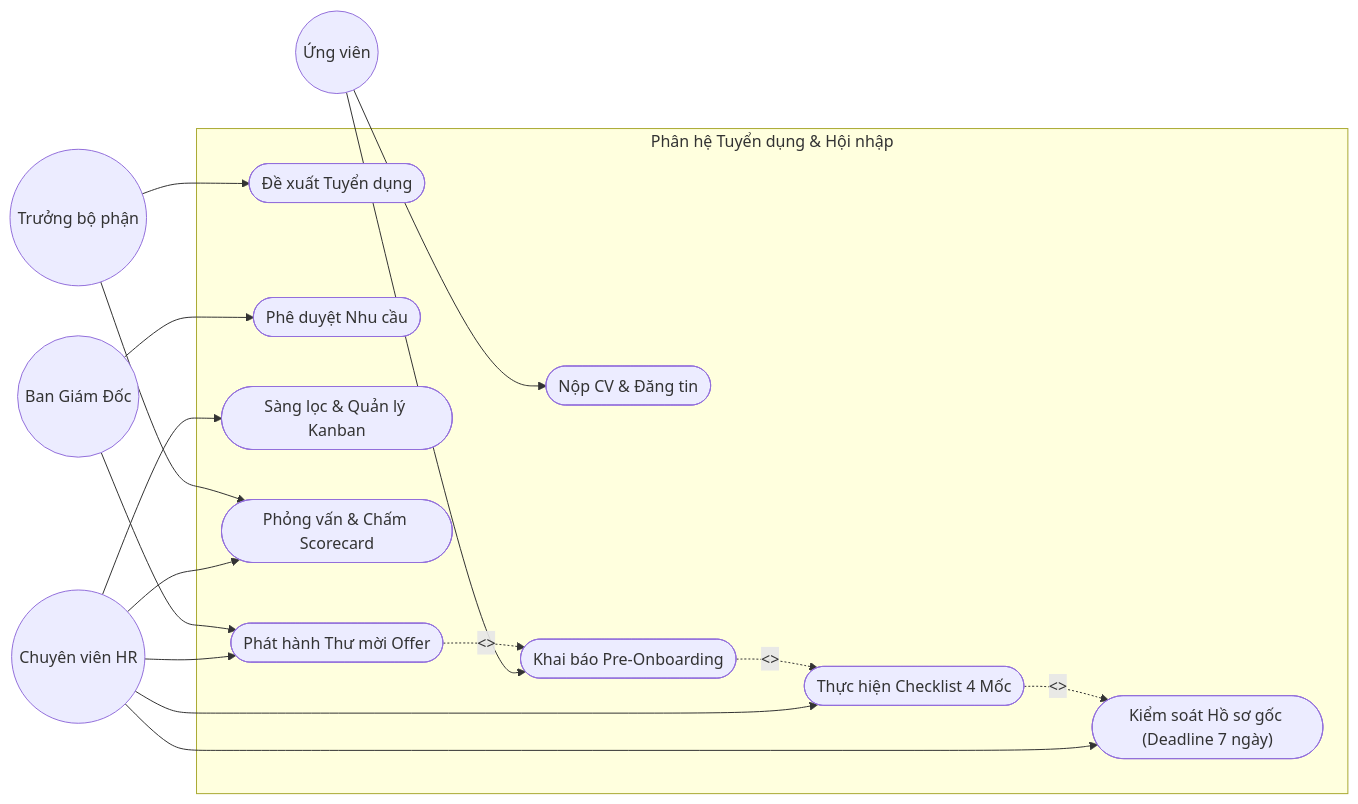
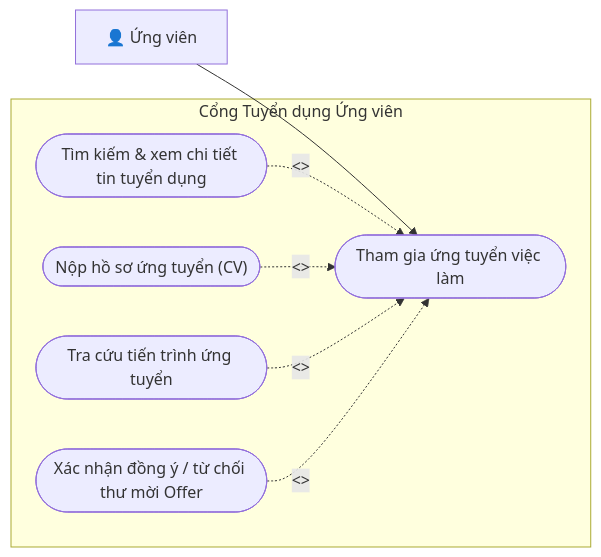
The fifth of 37 diagrams in docs/Các biểu đồ/So_Do_Use_Case_Tong_Quat_HRM.md (aye2710/HRM-DATN), drawn with Mermaid before and after one commit. The commit also changed other lines of this file and 12 other files, not shown here.

````diff
--- a/docs/Các biểu đồ/So_Do_Use_Case_Tong_Quat_HRM.md
+++ b/docs/Các biểu đồ/So_Do_Use_Case_Tong_Quat_HRM.md
@@ -276,35 +160,18 @@
 ```mermaid
 flowchart LR
-    CAND((Ứng viên))
-    HR((Chuyên viên HR))
-    MGR((Trưởng bộ phận))
-    BOD((Ban Giám Đốc))
+    CAND["👤 Ứng viên"]
 
-    subgraph RECRUITMENT_ONBOARDING ["Phân hệ Tuyển dụng & Hội nhập"]
-        UC1(["Đề xuất Tuyển dụng"])
-        UC2(["Phê duyệt Nhu cầu"])
-        UC3(["Nộp CV & Đăng tin"])
-        UC4(["Sàng lọc & Quản lý Kanban"])
-        UC5(["Phỏng vấn & Chấm Scorecard"])
-        UC6(["Phát hành Thư mời Offer"])
-        UC7(["Khai báo Pre-Onboarding"])
-        UC8(["Thực hiện Checklist 4 Mốc"])
-        UC9(["Kiểm soát Hồ sơ gốc (Deadline 7 ngày)"])
+    subgraph UC_CAND_BOX ["Cổng Tuyển dụng Ứng viên"]
+        UC_C_MAIN(["Tham gia ứng tuyển việc làm"])
+        UC_C_1(["Tìm kiếm & xem chi tiết tin tuyển dụng"])
+        UC_C_2(["Nộp hồ sơ ứng tuyển (CV)"])
+        UC_C_3(["Tra cứu tiến trình ứng tuyển"])
+        UC_C_4(["Xác nhận đồng ý / từ chối thư mời Offer"])
     end
 
-    MGR --> UC1
-    BOD --> UC2
-    CAND --> UC3
-    HR --> UC4
-    HR --> UC5
-    MGR --> UC5
-    HR --> UC6
-    BOD --> UC6
-    CAND --> UC7
-    HR --> UC8
-    HR --> UC9
-
-    UC6 -.->|<<include>>| UC7
-    UC7 -.->|<<include>>| UC8
-    UC8 -.->|<<include>>| UC9
+    CAND --> UC_C_MAIN
+    UC_C_1 -.->|<<include>>| UC_C_MAIN
+    UC_C_2 -.->|<<extend>>| UC_C_MAIN
+    UC_C_3 -.->|<<extend>>| UC_C_MAIN
+    UC_C_4 -.->|<<extend>>| UC_C_MAIN
 ```
````
